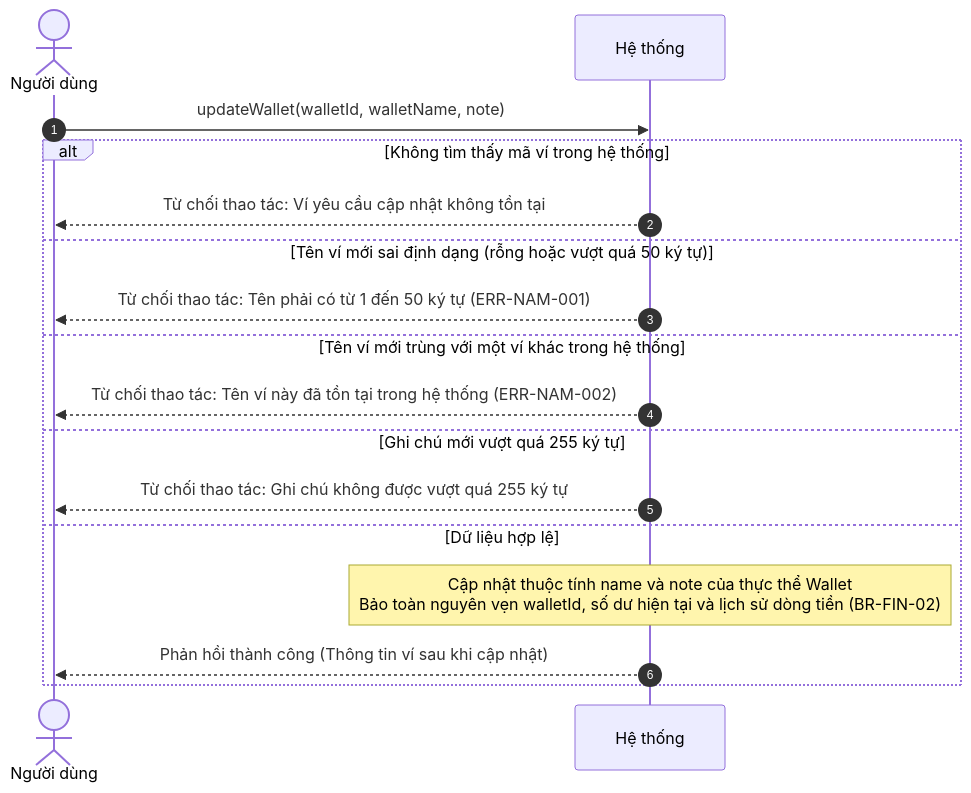
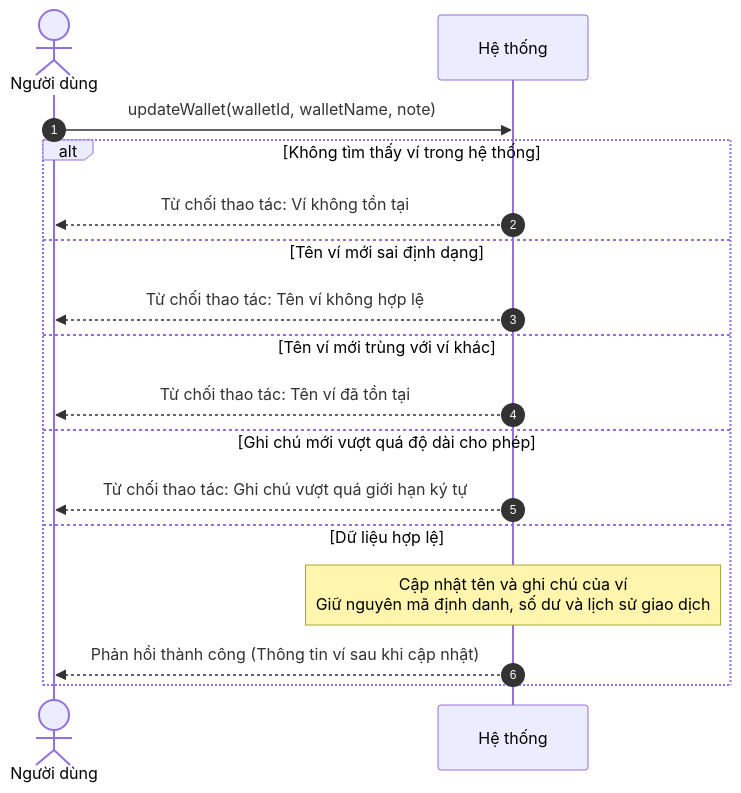
One commit to mynhleeh/pfms-oop changed the third of 20 diagrams in docs/object-oriented-analysis/03-so-do-tuan-tu-he-thong-ssd.md. Above: the diagram before and after it, drawn with Mermaid. The commit also changed other lines of this file and 3 other files, not shown here.

Commit message:
docs(ood): 03 04 05 06 - fix the rule and errror notation - fix the diagrams

````diff
--- a/docs/object-oriented-analysis/03-so-do-tuan-tu-he-thong-ssd.md
+++ b/docs/object-oriented-analysis/03-so-do-tuan-tu-he-thong-ssd.md
@@ -119,20 +119,20 @@
 ```mermaid
 sequenceDiagram
     autonumber
     actor User as Người dùng
     participant System as Hệ thống
 
     User->>System: updateWallet(walletId, walletName, note)
-    alt Không tìm thấy mã ví trong hệ thống
-        System-->>User: Từ chối thao tác: Ví yêu cầu cập nhật không tồn tại
-    else Tên ví mới sai định dạng (rỗng hoặc vượt quá 50 ký tự)
-        System-->>User: Từ chối thao tác: Tên phải có từ 1 đến 50 ký tự (ERR-NAM-001)
-    else Tên ví mới trùng với một ví khác trong hệ thống
-        System-->>User: Từ chối thao tác: Tên ví này đã tồn tại trong hệ thống (ERR-NAM-002)
-    else Ghi chú mới vượt quá 255 ký tự
-        System-->>User: Từ chối thao tác: Ghi chú không được vượt quá 255 ký tự
+    alt Không tìm thấy ví trong hệ thống
+        System-->>User: Từ chối thao tác: Ví không tồn tại
+    else Tên ví mới sai định dạng
+        System-->>User: Từ chối thao tác: Tên ví không hợp lệ
+    else Tên ví mới trùng với ví khác
+        System-->>User: Từ chối thao tác: Tên ví đã tồn tại
+    else Ghi chú mới vượt quá độ dài cho phép
+        System-->>User: Từ chối thao tác: Ghi chú vượt quá giới hạn ký tự
     else Dữ liệu hợp lệ
-        Note over System: Cập nhật thuộc tính name và note của thực thể Wallet<br/>Bảo toàn nguyên vẹn walletId, số dư hiện tại và lịch sử dòng tiền (BR-FIN-02)
+        Note over System: Cập nhật tên và ghi chú của ví<br/>Giữ nguyên mã định danh, số dư và lịch sử giao dịch
         System-->>User: Phản hồi thành công (Thông tin ví sau khi cập nhật)
     end
 ```
````
